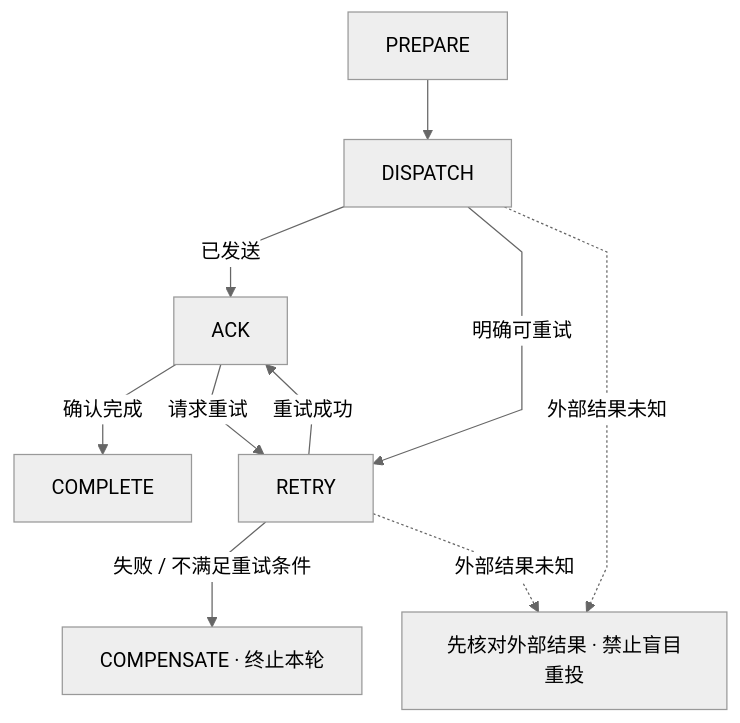
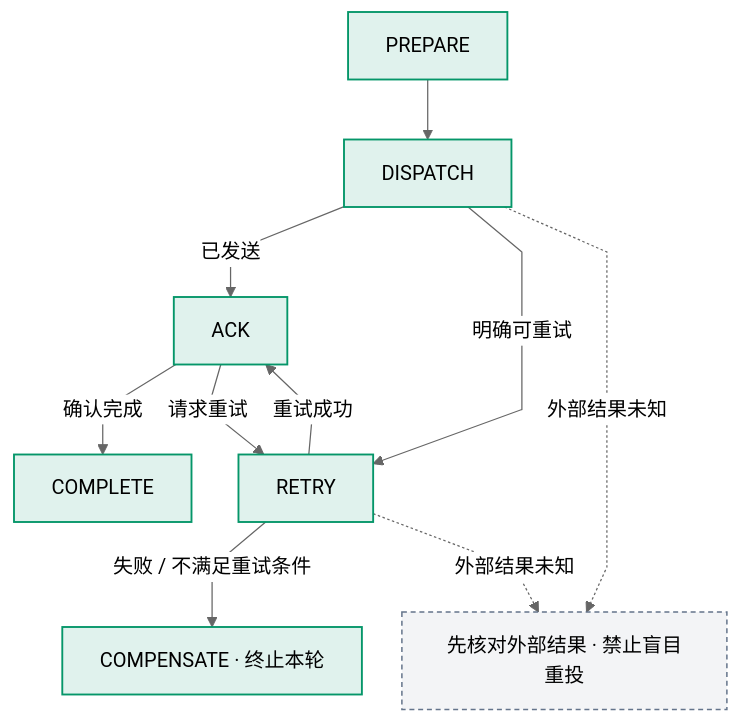
Before and after one commit to pinpols/file-batch-system: diagram 11 of 23 in docs/architecture/system-flow-overview.md, drawn with Mermaid (neutral theme). The commit also changed other lines of this file and 34 other files, not shown here.

First line of the commit message:
docs(diagram): 完成 P3 Mermaid 图样式收口并补充制图规范 (#1390)

````diff
--- a/docs/architecture/system-flow-overview.md
+++ b/docs/architecture/system-flow-overview.md
@@ -386,11 +411,14 @@
 ```mermaid
 %%{init: {"flowchart":{"curve":"linear","nodeSpacing":32,"rankSpacing":48},"sequence":{"mirrorActors":false}}}%%
 flowchart TB
-  P["PREPARE"] --> D["DISPATCH"] -->|"已发送"| A["ACK"] -->|"确认完成"| C["COMPLETE"]
-  D -->|"明确可重试"| R["RETRY"]
+  P["PREPARE"]:::worker --> D["DISPATCH"]:::worker -->|"已发送"| A["ACK"]:::worker -->|"确认完成"| C["COMPLETE"]:::worker
+  D -->|"明确可重试"| R["RETRY"]:::worker
   A -->|"请求重试"| R
   R -->|"重试成功"| A
-  R -->|"失败 / 不满足重试条件"| CP["COMPENSATE · 终止本轮"]
-  D -. "外部结果未知" .-> U["先核对外部结果 · 禁止盲目重投"]
+  R -->|"失败 / 不满足重试条件"| CP["COMPENSATE · 终止本轮"]:::worker
+  D -. "外部结果未知" .-> U["先核对外部结果 · 禁止盲目重投"]:::ext
   R -. "外部结果未知" .-> U
+
+  classDef worker fill:#0596691f,stroke:#059669,stroke-width:1.5px
+  classDef ext fill:#64748b14,stroke:#64748b,stroke-width:1.2px,stroke-dasharray:4 3
 ```
````
